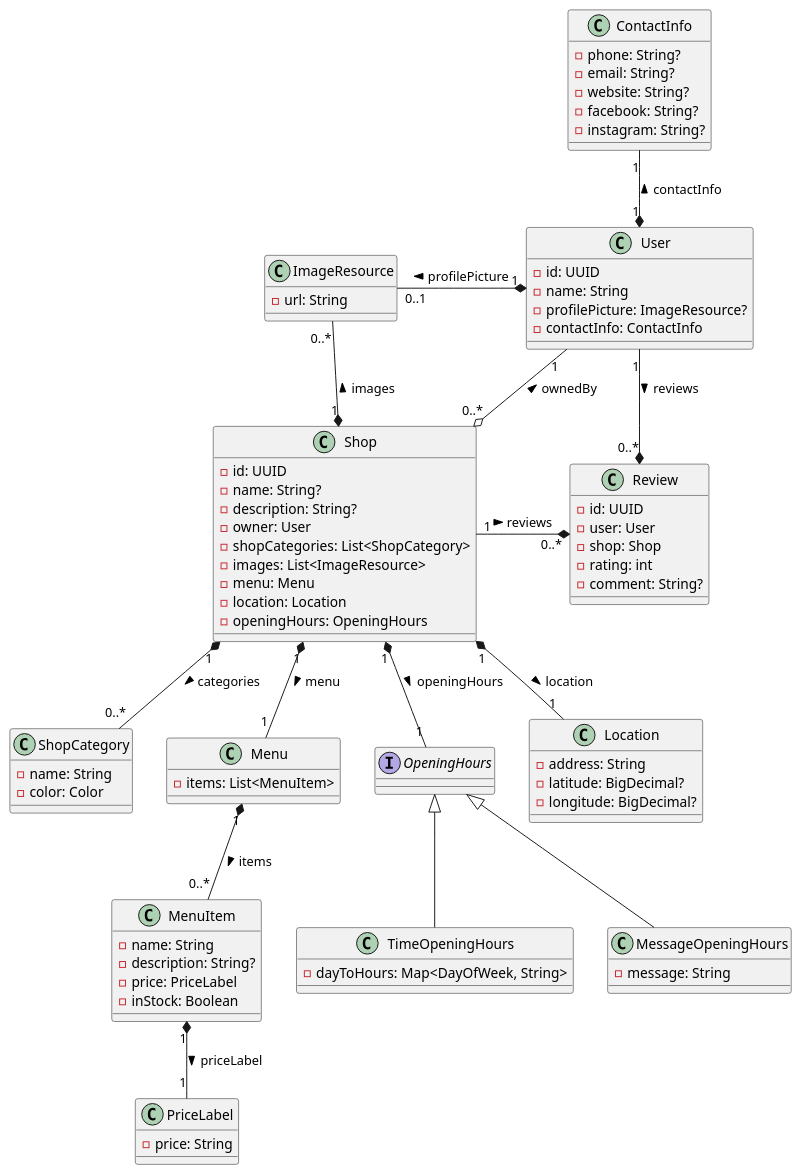
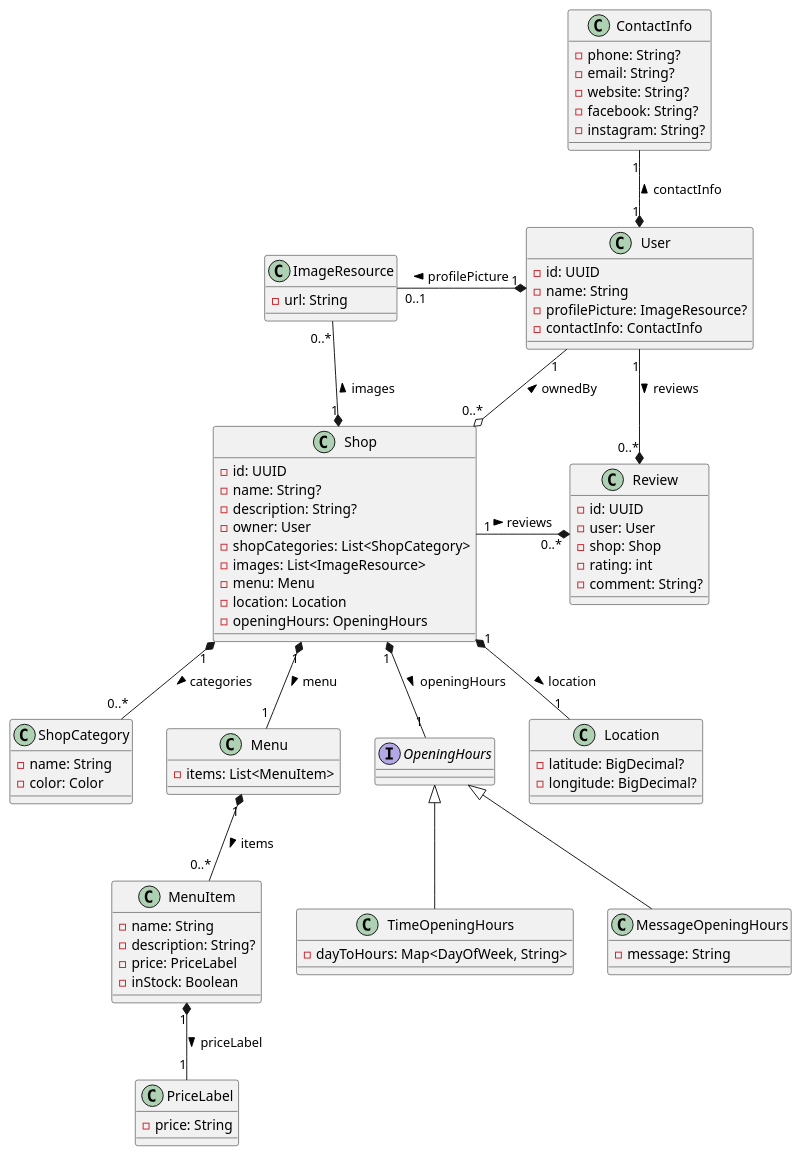
One commit to tondracek/my-farmer changed the diagram in docs/diagram/class_diagram.puml. Above: the diagram before and after it, drawn with PlantUML.

Commit message:
fix(diagram): remove address field from Location class

```diff
--- a/docs/diagram/class_diagram.puml
+++ b/docs/diagram/class_diagram.puml
@@ -1,120 +1,120 @@
 @startuml
 
 skinparam backgroundColor #FFFFFF
 
 class ImageResource {
     - url: String
 }
 
 ' ----------------------------------- '
 
 class User {
     - id: UUID
     - name: String
     - profilePicture: ImageResource?
     - contactInfo: ContactInfo
 }
 
 User "1" *-L "0..1" ImageResource : profilePicture >
 
 ' ----------------------------------- '
 
 class ContactInfo {
     - phone: String?
     - email: String?
     - website: String?
     - facebook: String?
     - instagram: String?
 }
 
 User "1" *-U- "1" ContactInfo : contactInfo >
 
 ' ----------------------------------- '
 
 class Shop {
     - id: UUID
     - name: String?
     - description: String?
     - owner: User
     - shopCategories: List<ShopCategory>
     - images: List<ImageResource>
     - menu: Menu
     - location: Location
     - openingHours: OpeningHours
 }
 
 User "1" --o "0..*" Shop : ownedBy <
 
 Shop "1" *-U- "0..*" ImageResource : images >
 
 ' ----------------------------------- '
 
 class ShopCategory {
     - name: String
     - color: Color
 }
 
+'owned by shop, filtering done using normalized names
 Shop "1" *-- "0..*" ShopCategory : categories >
 
 ' ----------------------------------- '
 
 class Menu {
     - items: List<MenuItem>
 }
 
 class MenuItem {
     - name: String
     - description: String?
     - price: PriceLabel
     - inStock: Boolean
 }
 
 class PriceLabel {
     - price: String
 }
 
 Shop "1" *-- "1" Menu : menu >
 Menu "1" *-- "0..*" MenuItem : items >
 MenuItem "1" *-- "1" PriceLabel : priceLabel >
 
 ' ----------------------------------- '
 
 interface OpeningHours
 
 class TimeOpeningHours {
     - dayToHours: Map<DayOfWeek, String>
 }
 
 class MessageOpeningHours {
     - message: String
 }
 
 OpeningHours <|-- TimeOpeningHours
 OpeningHours <|-- MessageOpeningHours
 
 Shop "1" *-- "1" OpeningHours : openingHours >
 
 ' ----------------------------------- '
 
 class Location {
-    - address: String
     - latitude: BigDecimal?
     - longitude: BigDecimal?
 }
 
 Shop "1" *-- "1" Location : location >
 
 ' ----------------------------------- '
 
 class Review {
     - id: UUID
     - user: User
     - shop: Shop
     - rating: int
     - comment: String?
 }
 
 Shop "1" -* "0..*" Review : reviews >
 User "1" -* "0..*" Review : reviews >
 
 @enduml
```
